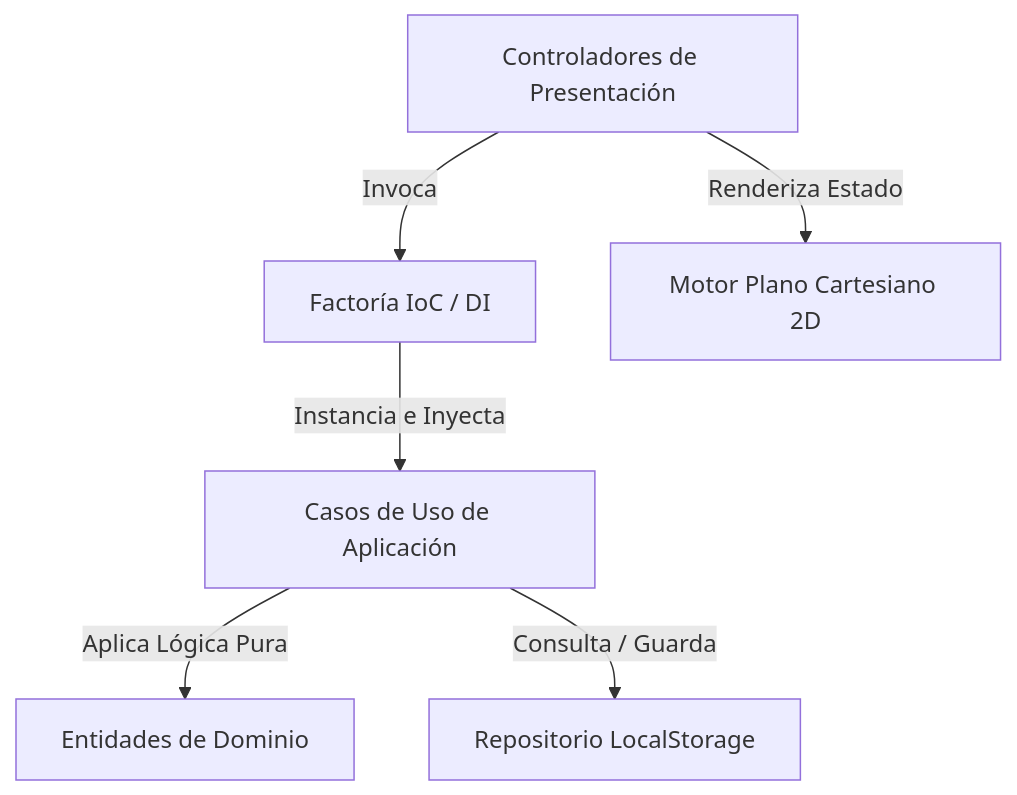
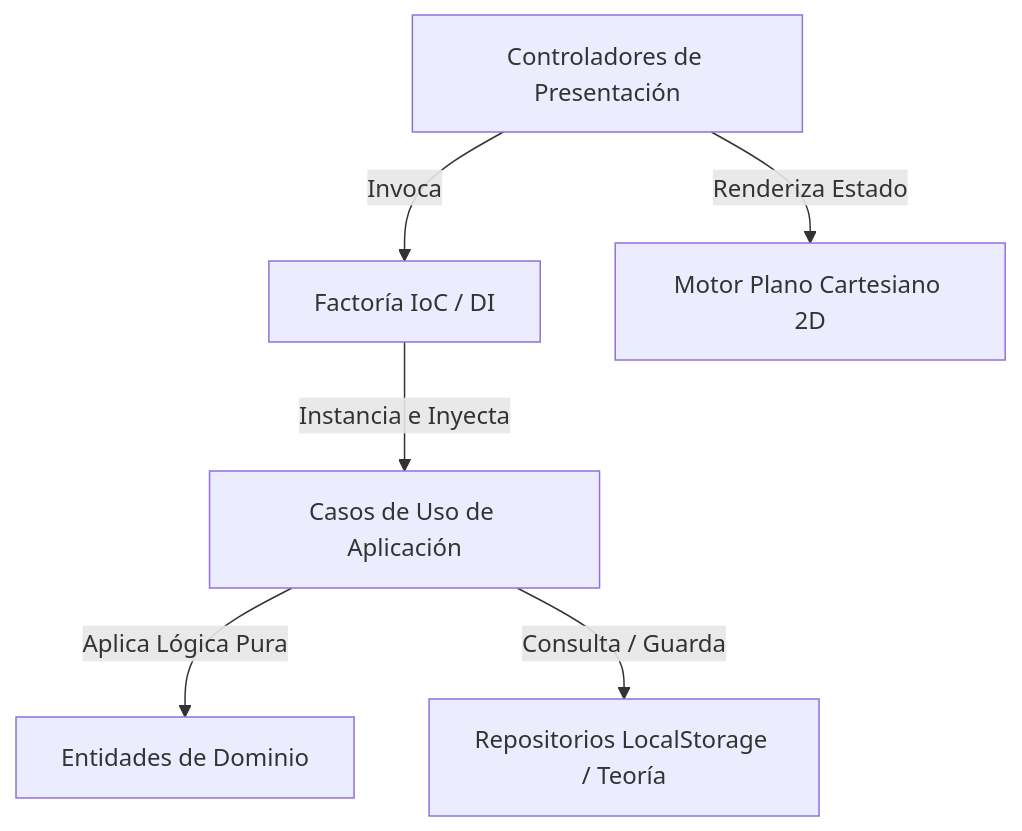
The diagram in README.md (jucagolddev/CalculadoraVectores), drawn with Mermaid before and after one commit. The commit also changed other lines of this file and 9 other files, not shown here.

````diff
--- a/README.md
+++ b/README.md
@@ -101,8 +118,8 @@
 ```mermaid
 graph TD
     UI[Controladores de Presentación] -->|Invoca| DI[Factoría IoC / DI]
     DI -->|Instancia e Inyecta| UC[Casos de Uso de Aplicación]
     UC -->|Aplica Lógica Pura| DOM[Entidades de Dominio]
-    UC -->|Consulta / Guarda| REPO[Repositorio LocalStorage]
+    UC -->|Consulta / Guarda| REPO[Repositorios LocalStorage / Teoría]
     UI -->|Renderiza Estado| CANVAS[Motor Plano Cartesiano 2D]
 ```
````
